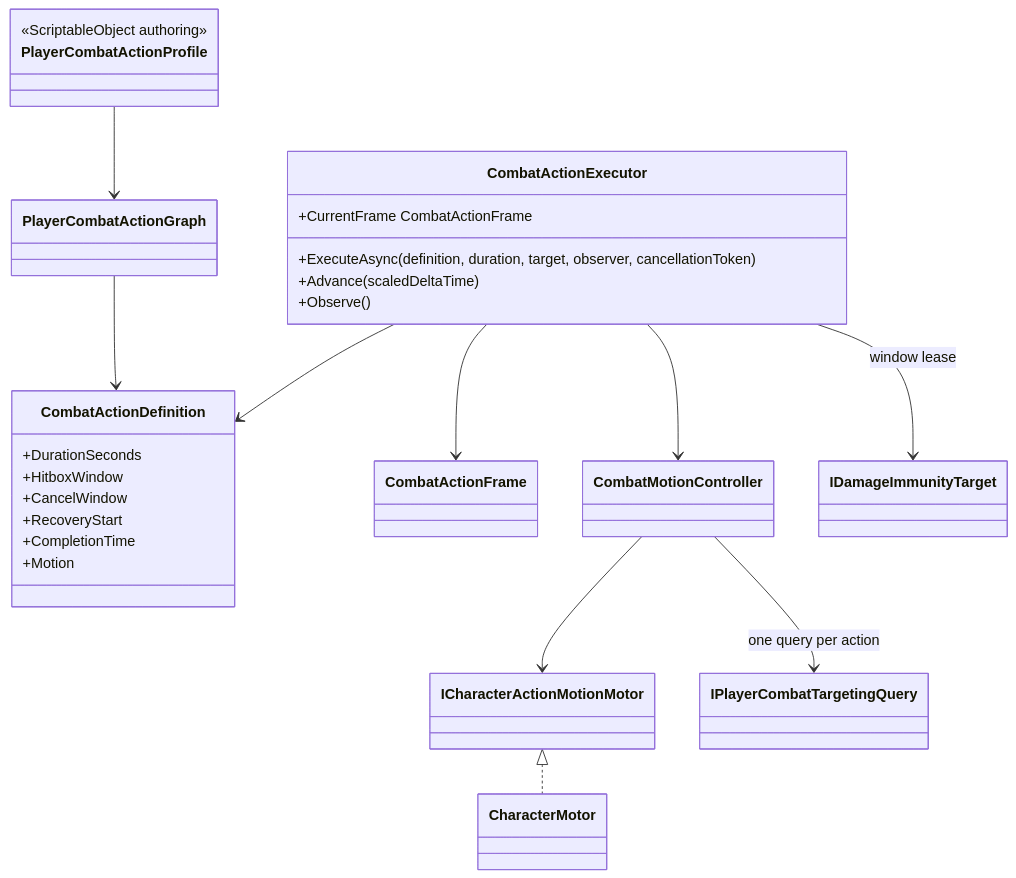
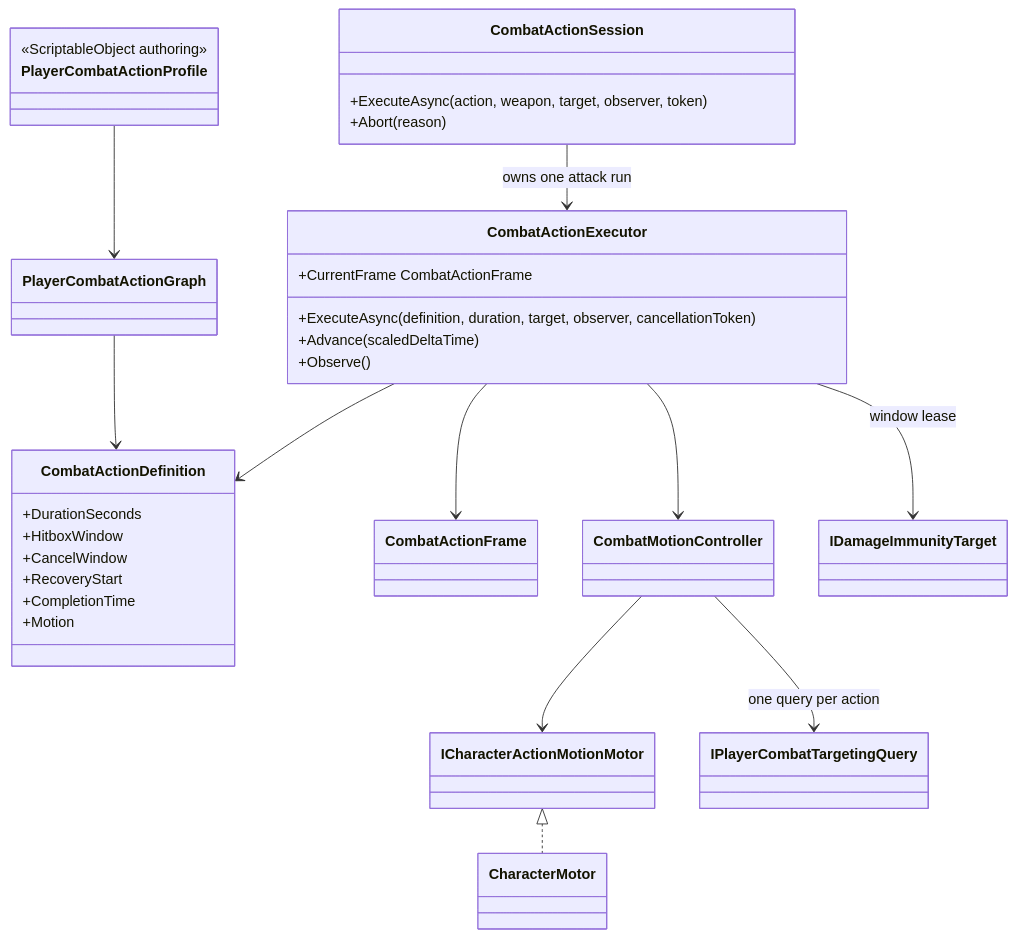
The diagram in Assets/_App/Core/Runtime/Combat/Actions/README.md (MaximFonariuc/project-s), drawn with Mermaid before and after one commit. The commit also changed other lines of this file and 12 other files, not shown here.

Commit message:
refactor(combat): own attack lifecycle in session

````diff
--- a/Assets/_App/Core/Runtime/Combat/Actions/README.md
+++ b/Assets/_App/Core/Runtime/Combat/Actions/README.md
@@ -5,37 +5,42 @@
 ```mermaid
 classDiagram
     class PlayerCombatActionProfile {
         <<ScriptableObject authoring>>
     }
     class PlayerCombatActionGraph
     class CombatActionDefinition {
         +DurationSeconds
         +HitboxWindow
         +CancelWindow
         +RecoveryStart
         +CompletionTime
         +Motion
     }
     class CombatActionExecutor {
         +ExecuteAsync(definition, duration, target, observer, cancellationToken)
         +Advance(scaledDeltaTime)
         +Observe()
         +CurrentFrame CombatActionFrame
     }
+    class CombatActionSession {
+        +ExecuteAsync(action, weapon, target, observer, token)
+        +Abort(reason)
+    }
     class CombatActionFrame
     class CombatMotionController
     class IDamageImmunityTarget
     class ICharacterActionMotionMotor
     class IPlayerCombatTargetingQuery
     class CharacterMotor
 
     PlayerCombatActionProfile --> PlayerCombatActionGraph
     PlayerCombatActionGraph --> CombatActionDefinition
     CombatActionExecutor --> CombatActionDefinition
     CombatActionExecutor --> CombatActionFrame
     CombatActionExecutor --> CombatMotionController
     CombatActionExecutor --> IDamageImmunityTarget : window lease
+    CombatActionSession --> CombatActionExecutor : owns one attack run
     CombatMotionController --> ICharacterActionMotionMotor
     CombatMotionController --> IPlayerCombatTargetingQuery : one query per action
     ICharacterActionMotionMotor <|.. CharacterMotor
 ```
````
